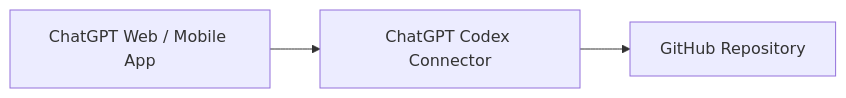
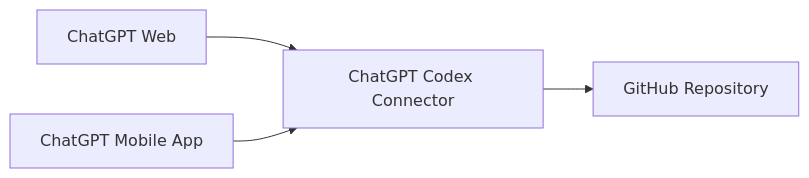
The third of 3 diagrams in README.md (eaglesjo/MultiAgentOS), drawn with Mermaid before and after one commit. The commit also changed other lines of this file, not shown here.

Commit message:
docs: clarify ChatGPT Web and mobile local MCP boundaries

````diff
--- a/README.md
+++ b/README.md
@@ -145,4 +151,5 @@
 ```mermaid
 flowchart LR
-    C["ChatGPT Web / Mobile App"] --> X["ChatGPT Codex Connector"] --> G["GitHub Repository"]
+    C["ChatGPT Web"] --> X["ChatGPT Codex Connector"] --> G["GitHub Repository"]
+    M["ChatGPT Mobile App"] --> X
 ```
````
